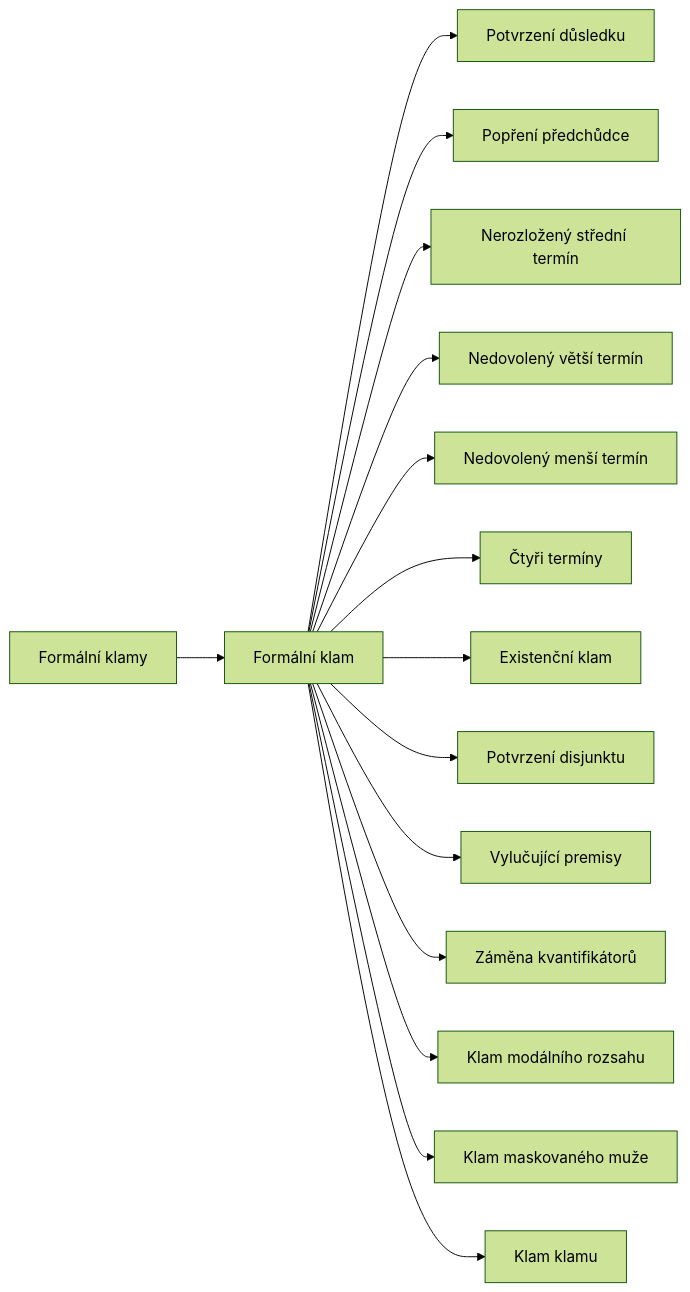
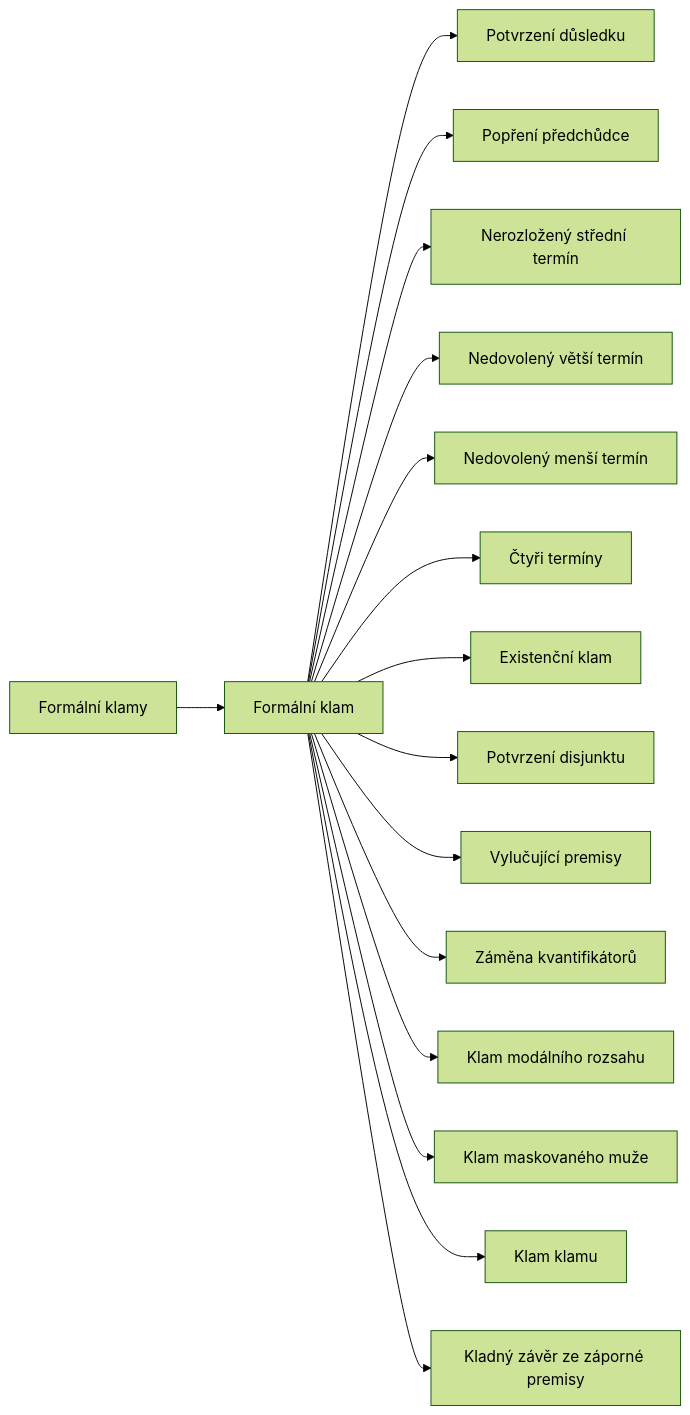
The diagram in content/kompendium/argumentacni-fauly/formalni/_index.md (korczis/kompendium-epistemicke-anihilace), drawn with Mermaid (forest theme) before and after one commit. The commit also changed other lines of this file and 44 other files, not shown here.

````diff
--- a/content/kompendium/argumentacni-fauly/formalni/_index.md
+++ b/content/kompendium/argumentacni-fauly/formalni/_index.md
@@ -184,47 +185,50 @@
 ```mermaid
 flowchart LR
   F["Formální klamy"]
   click F "@/kompendium/argumentacni-fauly/formalni/_index.md"
   n1["Formální klam"]
   n2["Potvrzení důsledku"]
   n3["Popření předchůdce"]
   n4["Nerozložený střední termín"]
   n5["Nedovolený větší termín"]
   n6["Nedovolený menší termín"]
   n7["Čtyři termíny"]
   n8["Existenční klam"]
   n9["Potvrzení disjunktu"]
   n10["Vylučující premisy"]
   n11["Záměna kvantifikátorů"]
   n12["Klam modálního rozsahu"]
   n13["Klam maskovaného muže"]
   n14["Klam klamu"]
+  n15["Kladný závěr ze záporné premisy"]
   F --> n1
   n1 --> n2
   n1 --> n3
   n1 --> n4
   n1 --> n5
   n1 --> n6
   n1 --> n7
   n1 --> n8
   n1 --> n9
   n1 --> n10
   n1 --> n11
   n1 --> n12
   n1 --> n13
   n1 --> n14
+  n1 --> n15
   click n1 "@/kompendium/argumentacni-fauly/formalni/formalni-klam.md"
   click n2 "@/kompendium/argumentacni-fauly/formalni/potvrzeni-dusledku.md"
   click n3 "@/kompendium/argumentacni-fauly/formalni/popreni-predchudce.md"
   click n4 "@/kompendium/argumentacni-fauly/formalni/nerozlozeny-stredni-termin.md"
   click n5 "@/kompendium/argumentacni-fauly/formalni/nedovoleny-vetsi-termin.md"
   click n6 "@/kompendium/argumentacni-fauly/formalni/nedovoleny-mensi-termin.md"
   click n7 "@/kompendium/argumentacni-fauly/formalni/ctyri-terminy.md"
   click n8 "@/kompendium/argumentacni-fauly/formalni/existencni-klam.md"
   click n9 "@/kompendium/argumentacni-fauly/formalni/potvrzeni-disjunktu.md"
   click n10 "@/kompendium/argumentacni-fauly/formalni/vylucujici-premisy.md"
   click n11 "@/kompendium/argumentacni-fauly/formalni/zamena-kvantifikatoru.md"
   click n12 "@/kompendium/argumentacni-fauly/formalni/klam-modalniho-rozsahu.md"
   click n13 "@/kompendium/argumentacni-fauly/formalni/klam-maskovaneho-muze.md"
   click n14 "@/kompendium/argumentacni-fauly/formalni/klam-klamu.md"
+  click n15 "@/kompendium/argumentacni-fauly/formalni/kladny-zaver-ze-zaporne-premisy.md"
 ```
````
